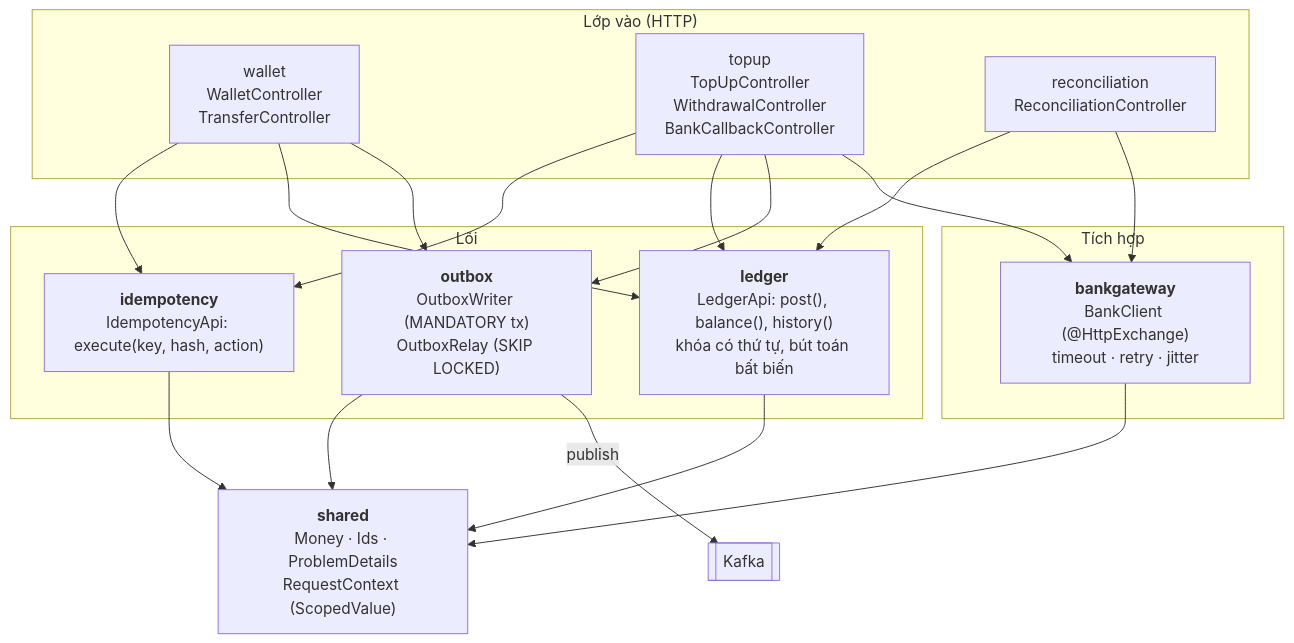
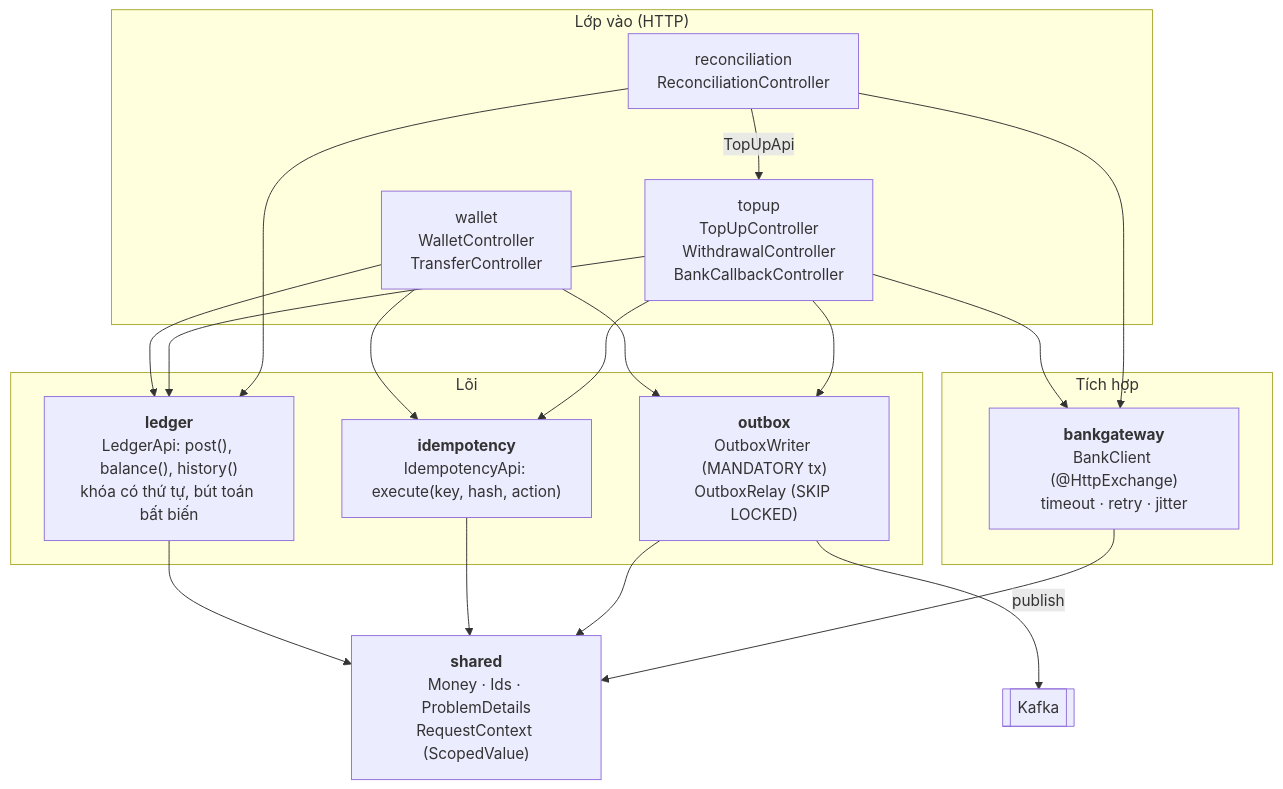
One commit to HoangThanhMan/ledgerly changed the third of 10 diagrams in docs/01-kien-truc.md. Above: the diagram before and after it, drawn with Mermaid. The commit also changed other lines of this file and 2 other files, not shown here.

First line of the commit message:
docs: review architecture (#68)

````diff
--- a/docs/01-kien-truc.md
+++ b/docs/01-kien-truc.md
@@ -105,35 +105,36 @@
 ```mermaid
 flowchart TB
     subgraph web["Lớp vào (HTTP)"]
         wc["wallet<br/>WalletController<br/>TransferController"]
         tc["topup<br/>TopUpController<br/>WithdrawalController<br/>BankCallbackController"]
         rc["reconciliation<br/>ReconciliationController"]
     end
 
     subgraph core["Lõi"]
         ledger["<b>ledger</b><br/>LedgerApi: post(), balance(), history()<br/>khóa có thứ tự, bút toán bất biến"]
         idem["<b>idempotency</b><br/>IdempotencyApi: execute(key, hash, action)"]
         outbox["<b>outbox</b><br/>OutboxWriter (MANDATORY tx)<br/>OutboxRelay (SKIP LOCKED)"]
     end
 
     subgraph integ["Tích hợp"]
         bankgw["<b>bankgateway</b><br/>BankClient (@HttpExchange)<br/>timeout · retry · jitter"]
     end
 
     shared["<b>shared</b><br/>Money · Ids · ProblemDetails<br/>RequestContext (ScopedValue)"]
 
     wc --> idem
     wc --> ledger
     wc --> outbox
     tc --> idem
     tc --> ledger
     tc --> outbox
     tc --> bankgw
     rc --> ledger
     rc --> bankgw
+    rc -->|TopUpApi| tc
     ledger --> shared
     idem --> shared
     outbox --> shared
     bankgw --> shared
     outbox -->|publish| kafka[["Kafka"]]
 ```
````
